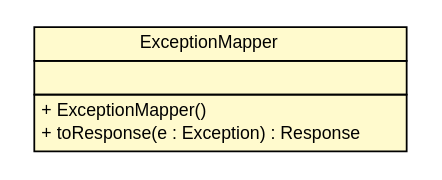
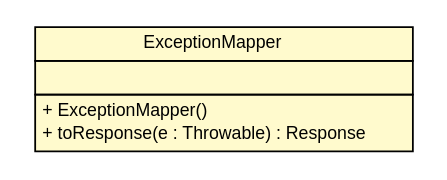
Before and after one commit to adrianorzyszek/r43ples: the diagram in site/apidocs/de/tud/plt/r43ples/webservice/ExceptionMapper.dot, drawn with Graphviz. The commit also changed 285 other files, not shown here.

```diff
--- a/site/apidocs/de/tud/plt/r43ples/webservice/ExceptionMapper.dot
+++ b/site/apidocs/de/tud/plt/r43ples/webservice/ExceptionMapper.dot
@@ -1,25 +1,25 @@
 #!/usr/local/bin/dot
 #
 # Class diagram 
 # Generated by UMLGraph version R5_6-24-gf6e263 (http://www.umlgraph.org/)
 #
 
 digraph G {
 	edge [fontname="Helvetica",fontsize=10,labelfontname="Helvetica",labelfontsize=10];
 	node [fontname="Helvetica",fontsize=10,shape=plaintext];
 	nodesep=0.25;
 	ranksep=0.5;
 	// de.tud.plt.r43ples.webservice.ExceptionMapper
-	c656 [label=<<table title="de.tud.plt.r43ples.webservice.ExceptionMapper" border="0" cellborder="1" cellspacing="0" cellpadding="2" port="p" bgcolor="lemonChiffon" href="./ExceptionMapper.html">
+	c697 [label=<<table title="de.tud.plt.r43ples.webservice.ExceptionMapper" border="0" cellborder="1" cellspacing="0" cellpadding="2" port="p" bgcolor="lemonChiffon" href="./ExceptionMapper.html">
 		<tr><td><table border="0" cellspacing="0" cellpadding="1">
 <tr><td align="center" balign="center"> ExceptionMapper </td></tr>
 		</table></td></tr>
 		<tr><td><table border="0" cellspacing="0" cellpadding="1">
 <tr><td align="left" balign="left">  </td></tr>
 		</table></td></tr>
 		<tr><td><table border="0" cellspacing="0" cellpadding="1">
 <tr><td align="left" balign="left"> + ExceptionMapper() </td></tr>
-<tr><td align="left" balign="left"> + toResponse(e : Exception) : Response </td></tr>
+<tr><td align="left" balign="left"> + toResponse(e : Throwable) : Response </td></tr>
 		</table></td></tr>
 		</table>>, URL="./ExceptionMapper.html", fontname="Helvetica", fontcolor="black", fontsize=10.0];
 }
```
